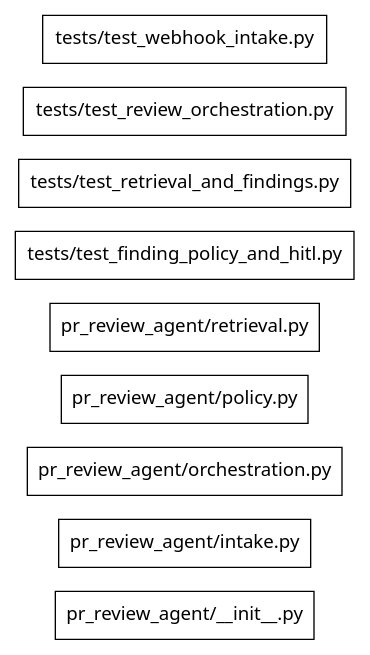
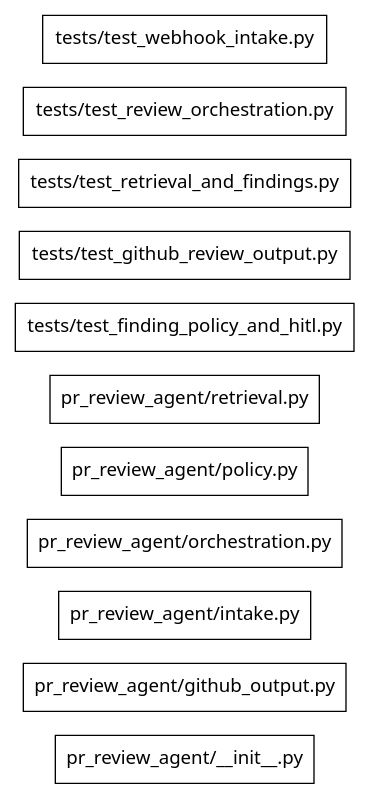
Before and after one commit to Ayush-Kant/PR-Review-Agent: the diagram in .genesis/index/graph.dot, drawn with Graphviz. The commit also changed 11 other files, not shown here.

```diff
--- a/.genesis/index/graph.dot
+++ b/.genesis/index/graph.dot
@@ -1,14 +1,16 @@
 digraph genesis {
   rankdir=LR;
   node [shape=box,fontname="system-ui"];
   "file:pr_review_agent/__init__.py" [label="pr_review_agent/__init__.py",class="file"];
+  "file:pr_review_agent/github_output.py" [label="pr_review_agent/github_output.py",class="file"];
   "file:pr_review_agent/intake.py" [label="pr_review_agent/intake.py",class="file"];
   "file:pr_review_agent/orchestration.py" [label="pr_review_agent/orchestration.py",class="file"];
   "file:pr_review_agent/policy.py" [label="pr_review_agent/policy.py",class="file"];
   "file:pr_review_agent/retrieval.py" [label="pr_review_agent/retrieval.py",class="file"];
   "file:tests/test_finding_policy_and_hitl.py" [label="tests/test_finding_policy_and_hitl.py",class="file"];
+  "file:tests/test_github_review_output.py" [label="tests/test_github_review_output.py",class="file"];
   "file:tests/test_retrieval_and_findings.py" [label="tests/test_retrieval_and_findings.py",class="file"];
   "file:tests/test_review_orchestration.py" [label="tests/test_review_orchestration.py",class="file"];
   "file:tests/test_webhook_intake.py" [label="tests/test_webhook_intake.py",class="file"];
 
 }
```
